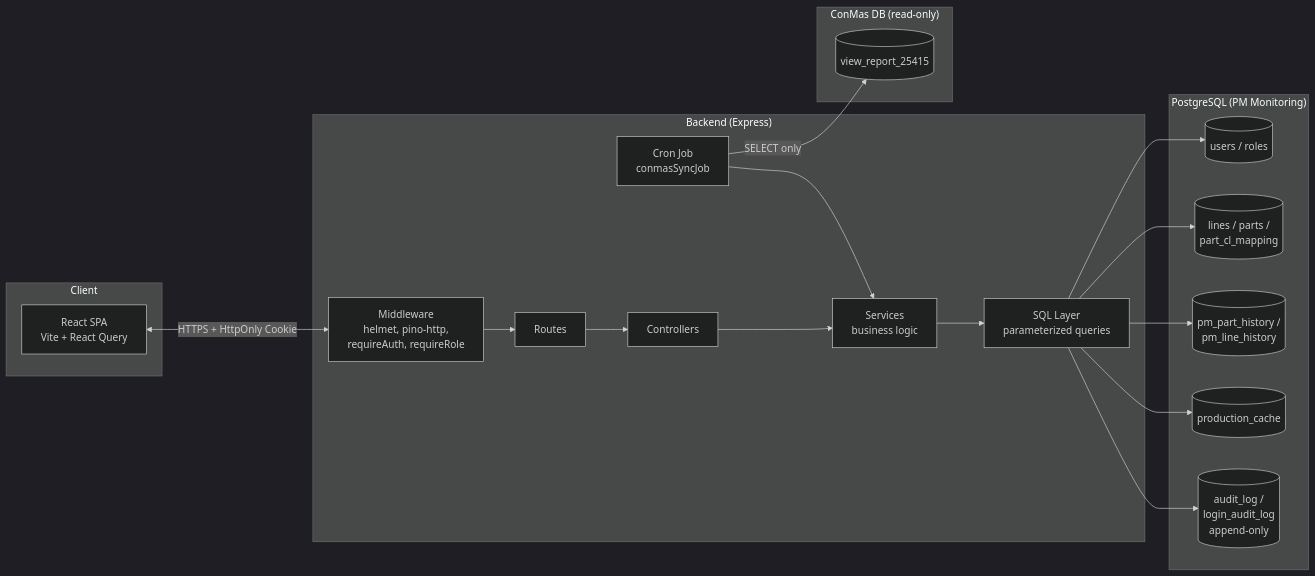
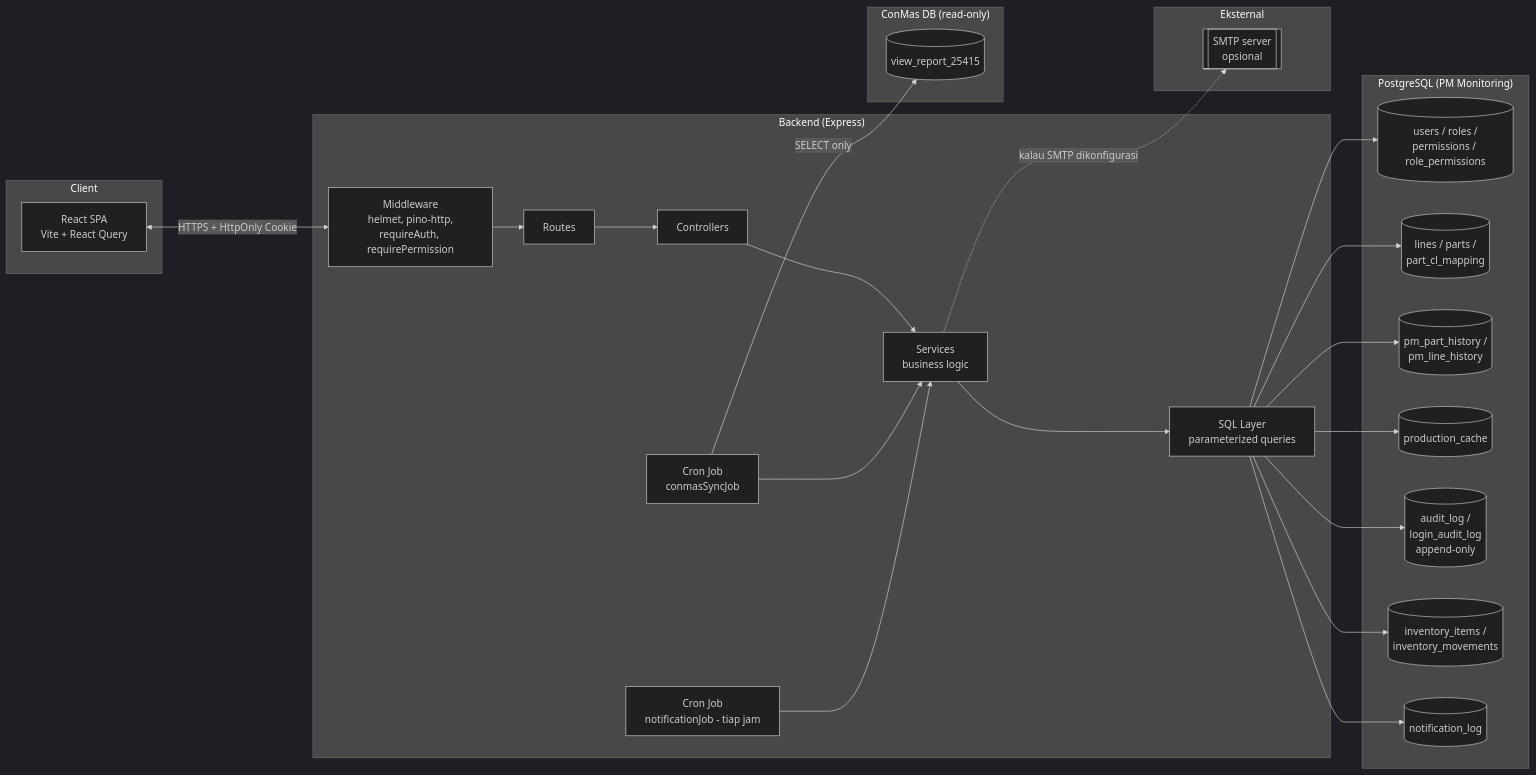
The first of 2 diagrams in doc/Architecture.md (hanifmutaz/PM-Monitoring), drawn with Mermaid (dark theme) before and after one commit. The commit also changed other lines of this file and 2 other files, not shown here.

````diff
--- a/doc/Architecture.md
+++ b/doc/Architecture.md
@@ -19,33 +35,42 @@
 ```mermaid
 flowchart LR
     subgraph Client
         FE[React SPA<br/>Vite + React Query]
     end
 
     subgraph Server["Backend (Express)"]
-        MW[Middleware<br/>helmet, pino-http,<br/>requireAuth, requireRole]
+        MW[Middleware<br/>helmet, pino-http,<br/>requireAuth, requirePermission]
         RT[Routes]
         CTRL[Controllers]
         SVC[Services<br/>business logic]
         SQL[SQL Layer<br/>parameterized queries]
-        JOB[Cron Job<br/>conmasSyncJob]
+        JOB1[Cron Job<br/>conmasSyncJob]
+        JOB2[Cron Job<br/>notificationJob - tiap jam]
     end
 
     subgraph DB["PostgreSQL (PM Monitoring)"]
-        T1[(users / roles)]
+        T1[(users / roles /<br/>permissions / role_permissions)]
         T2[(lines / parts /<br/>part_cl_mapping)]
         T3[(pm_part_history /<br/>pm_line_history)]
         T4[(production_cache)]
         T5[(audit_log /<br/>login_audit_log<br/>append-only)]
+        T6[(inventory_items /<br/>inventory_movements)]
+        T7[(notification_log)]
     end
 
     subgraph ConMas["ConMas DB (read-only)"]
         CM[(view_report_25415)]
     end
 
+    subgraph Ext["Eksternal"]
+        SMTP[[SMTP server<br/>opsional]]
+    end
+
     FE <-->|HTTPS + HttpOnly Cookie| MW
     MW --> RT --> CTRL --> SVC --> SQL
-    SQL --> T1 & T2 & T3 & T4 & T5
-    JOB -->|SELECT only| CM
-    JOB --> SVC
+    SQL --> T1 & T2 & T3 & T4 & T5 & T6 & T7
+    JOB1 -->|SELECT only| CM
+    JOB1 --> SVC
+    JOB2 --> SVC
+    SVC -.->|kalau SMTP dikonfigurasi| SMTP
 ```
````
